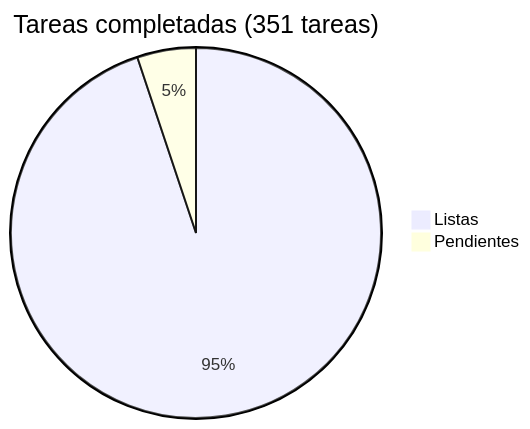
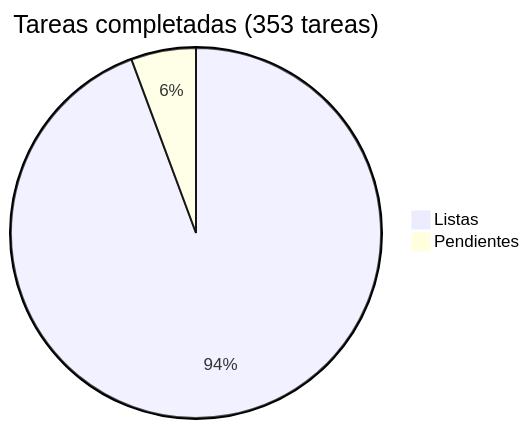
The diagram in docs/roadmap/README.md (araguaney-lat/araguaney), drawn with Mermaid before and after one commit. The commit also changed other lines of this file and 2 other files, not shown here.

First line of the commit message:
docs(roadmap): borrado autoservicio y politica de retencion (Fase 13, tasks 19-20) (#174)

````diff
--- a/docs/roadmap/README.md
+++ b/docs/roadmap/README.md
@@ -5,5 +5,5 @@
 ```mermaid
-pie title Tareas completadas (351 tareas)
+pie title Tareas completadas (353 tareas)
     "Listas" : 333
-    "Pendientes" : 18
+    "Pendientes" : 20
 ```
````
